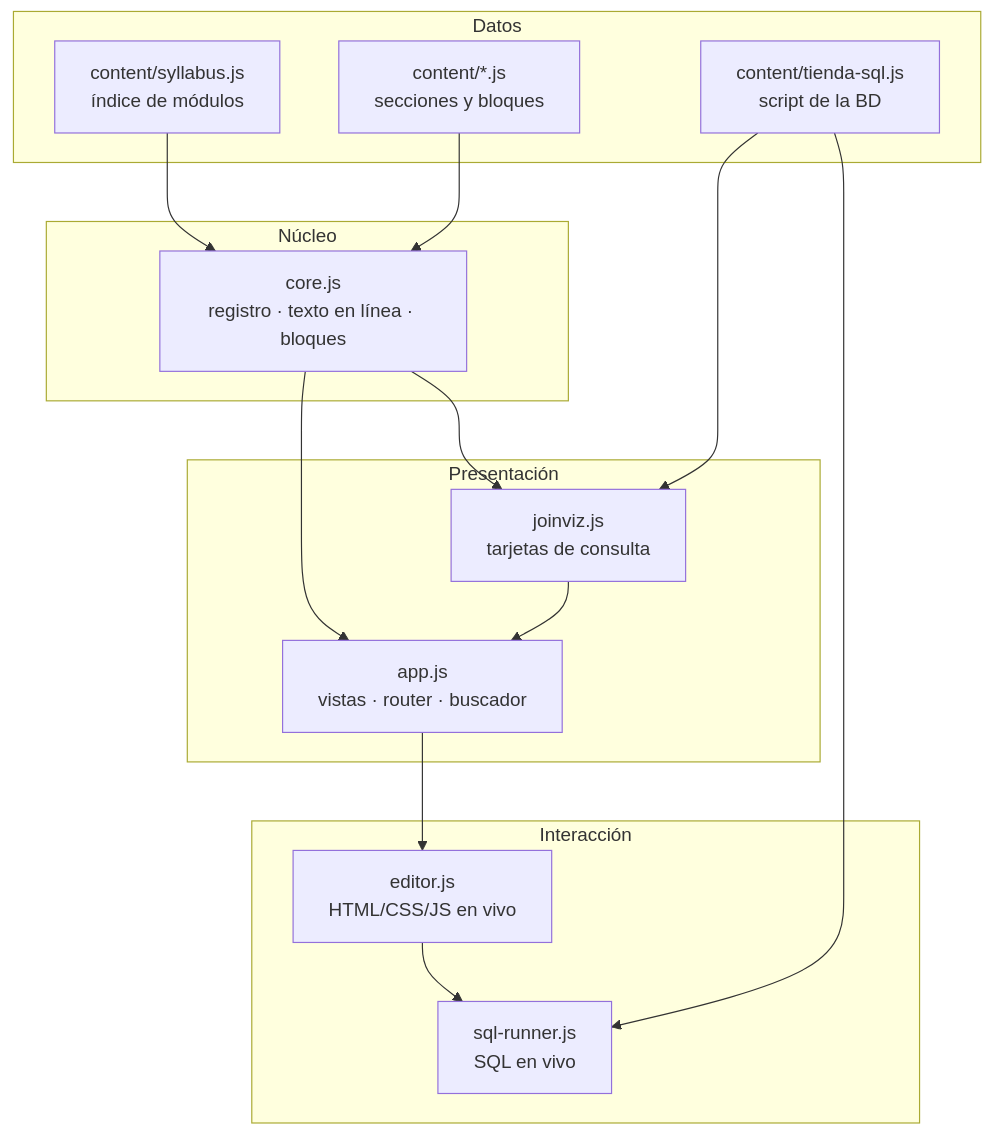
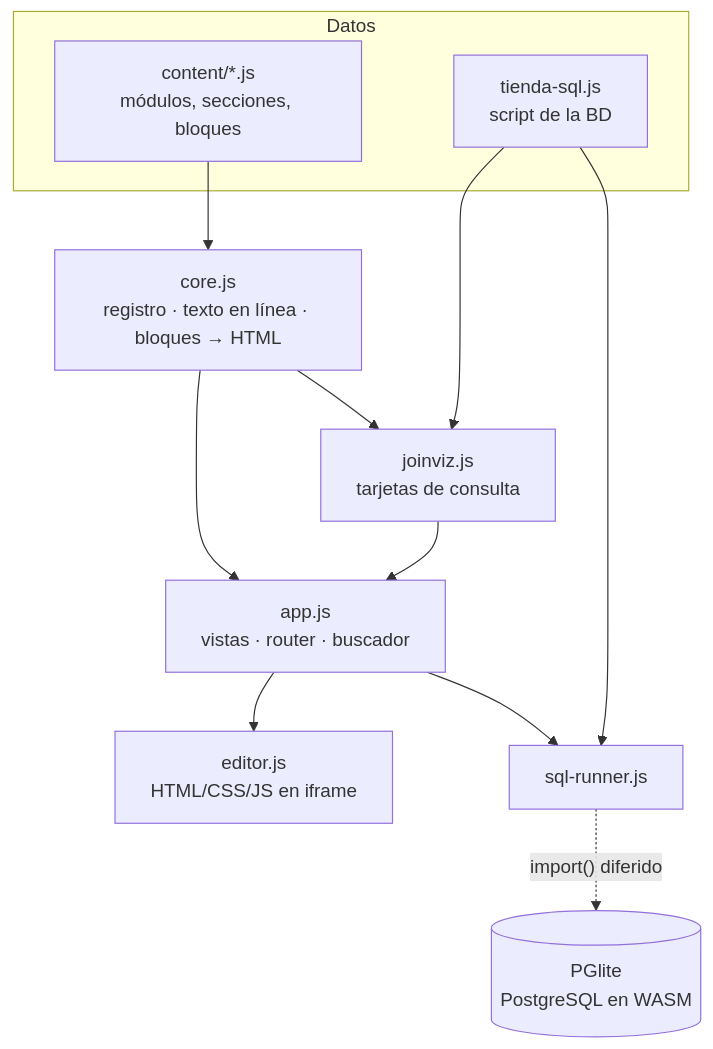
One commit to Darogon01/APP-Apuntes-1DAW changed the diagram in WIKI.md. Above: the diagram before and after it, drawn with Mermaid. The commit also changed other lines of this file, not shown here.

````diff
--- a/WIKI.md
+++ b/WIKI.md
@@ -162,28 +49,20 @@
 ```mermaid
 flowchart TB
     subgraph Datos
-        S["content/syllabus.js<br/>índice de módulos"]
-        T["content/*.js<br/>secciones y bloques"]
-        DB["content/tienda-sql.js<br/>script de la BD"]
+        S["content/*.js<br/>módulos, secciones, bloques"]
+        DB["tienda-sql.js<br/>script de la BD"]
     end
-    subgraph Núcleo
-        CORE["core.js<br/>registro · texto en línea · bloques"]
-    end
-    subgraph Presentación
-        APPJS["app.js<br/>vistas · router · buscador"]
-        JV["joinviz.js<br/>tarjetas de consulta"]
-    end
-    subgraph Interacción
-        ED["editor.js<br/>HTML/CSS/JS en vivo"]
-        SQL["sql-runner.js<br/>SQL en vivo"]
-    end
-    S --> CORE
-    T --> CORE
+    CORE["core.js<br/>registro · texto en línea · bloques → HTML"]
+    APPJS["app.js<br/>vistas · router · buscador"]
+    JV["joinviz.js<br/>tarjetas de consulta"]
+    ED["editor.js<br/>HTML/CSS/JS en iframe"]
+    SQL["sql-runner.js"]
+    PG[("PGlite<br/>PostgreSQL en WASM")]
+    S --> CORE --> APPJS
     DB --> JV
+    CORE --> JV --> APPJS
+    APPJS --> ED
+    APPJS --> SQL
     DB --> SQL
-    CORE --> APPJS
-    CORE --> JV
-    APPJS --> ED
-    ED --> SQL
-    JV --> APPJS
+    SQL -. "import() diferido" .-> PG
 ```
````
